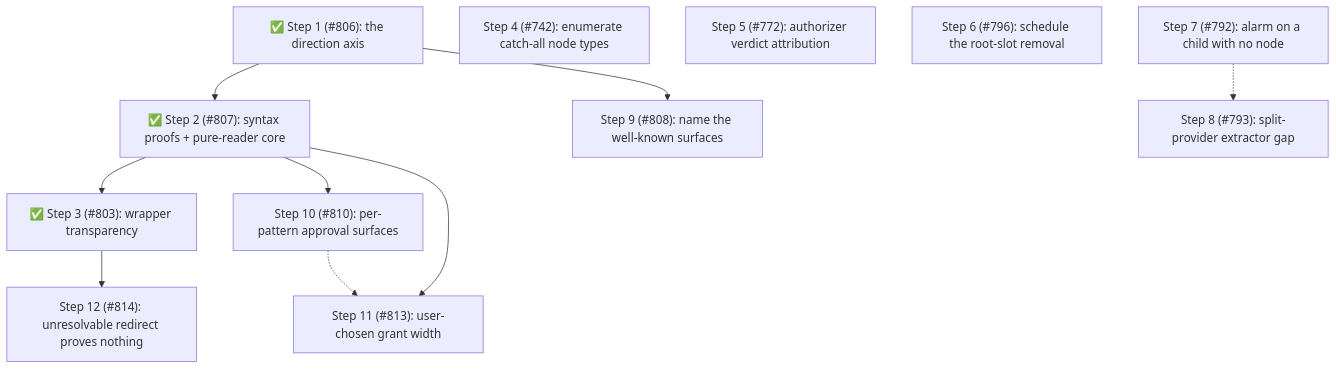
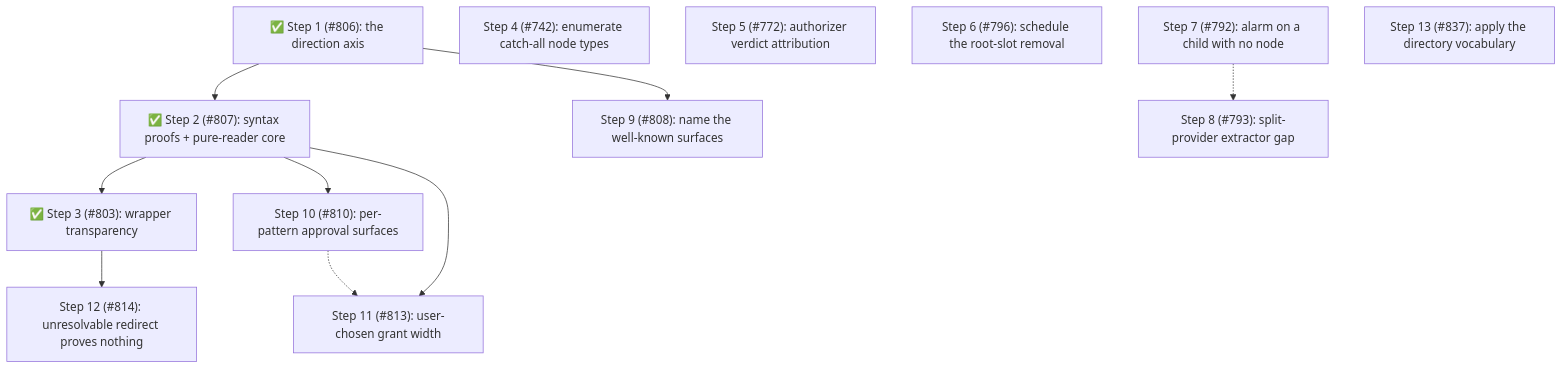
The fourth of 4 diagrams in packages/pi-permission-system/docs/architecture/architecture.md (gotgenes/pi-packages), drawn with Mermaid before and after one commit. The commit also changed other lines of this file, not shown here.

````diff
--- a/packages/pi-permission-system/docs/architecture/architecture.md
+++ b/packages/pi-permission-system/docs/architecture/architecture.md
@@ -1292,19 +1309,20 @@
 ```mermaid
 flowchart TD
     S1["✅ Step 1 (#806): the direction axis"] --> S2["✅ Step 2 (#807): syntax proofs + pure-reader core"]
     S2 --> S3["✅ Step 3 (#803): wrapper transparency"]
     S4["Step 4 (#742): enumerate catch-all node types"]
     S5["Step 5 (#772): authorizer verdict attribution"]
     S6["Step 6 (#796): schedule the root-slot removal"]
     S7["Step 7 (#792): alarm on a child with no node"]
     S8["Step 8 (#793): split-provider extractor gap"]
     S9["Step 9 (#808): name the well-known surfaces"]
     S10["Step 10 (#810): per-pattern approval surfaces"]
     S11["Step 11 (#813): user-chosen grant width"]
     S3 --> S12["Step 12 (#814): unresolvable redirect proves nothing"]
+    S13["Step 13 (#837): apply the directory vocabulary"]
     S7 -.-> S8
     S1 --> S9
     S2 --> S10
     S2 --> S11
     S10 -.-> S11
 ```
````
